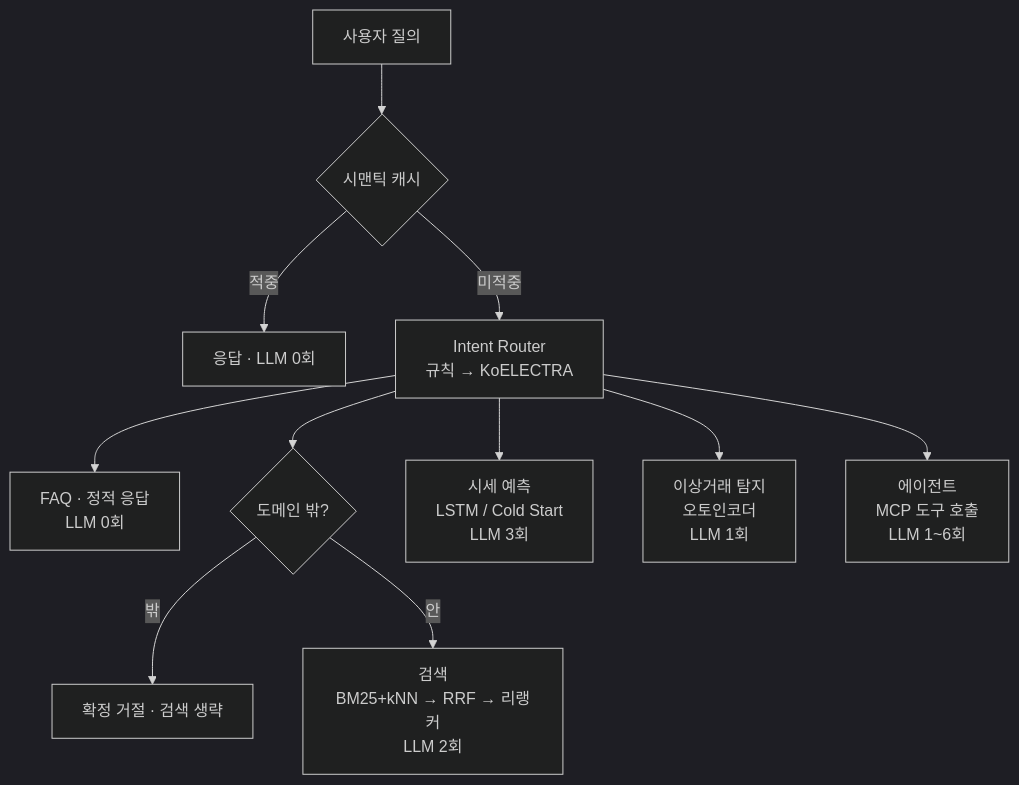
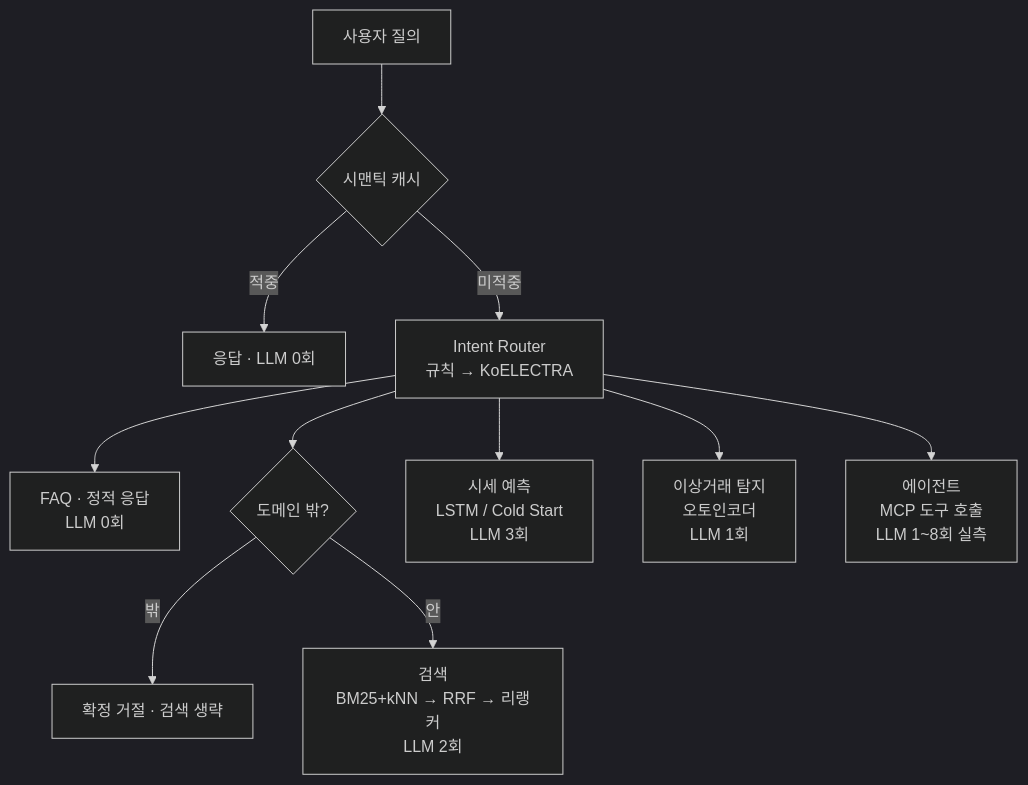
Before and after one commit to blacktaione2/game-item-marketplace-ai: the first of 2 diagrams in README.md, drawn with Mermaid (dark theme). The commit also changed other lines of this file and 14 other files, not shown here.

````diff
--- a/README.md
+++ b/README.md
@@ -106,13 +106,13 @@
 ```mermaid
 flowchart TD
     Q[사용자 질의] --> C{시맨틱 캐시}
     C -->|적중| R[응답 · LLM 0회]
     C -->|미적중| RT[Intent Router<br/>규칙 → KoELECTRA]
     RT --> F[FAQ · 정적 응답<br/>LLM 0회]
     RT --> D{도메인 밖?}
     D -->|밖| X[확정 거절 · 검색 생략]
     D -->|안| S[검색<br/>BM25+kNN → RRF → 리랭커<br/>LLM 2회]
     RT --> P[시세 예측<br/>LSTM / Cold Start<br/>LLM 3회]
     RT --> A[이상거래 탐지<br/>오토인코더<br/>LLM 1회]
-    RT --> AG[에이전트<br/>MCP 도구 호출<br/>LLM 1~6회]
+    RT --> AG[에이전트<br/>MCP 도구 호출<br/>LLM 1~8회 실측]
 ```
````
